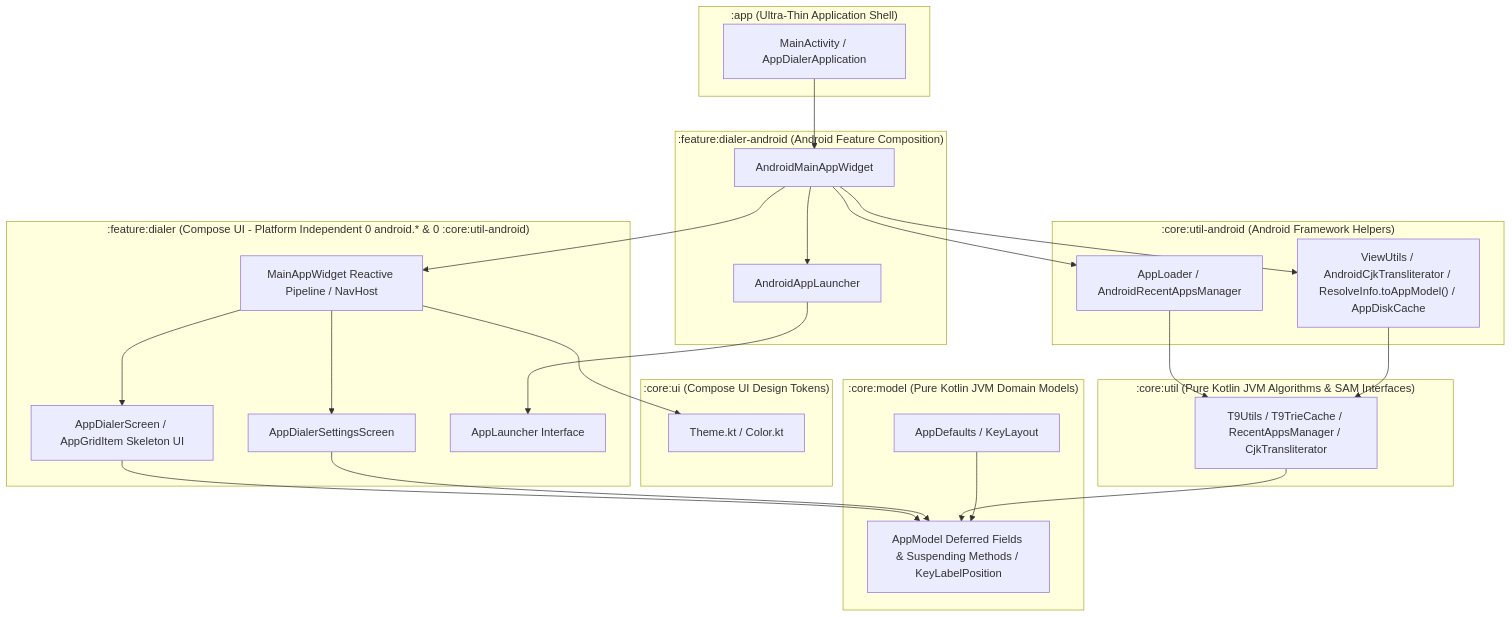
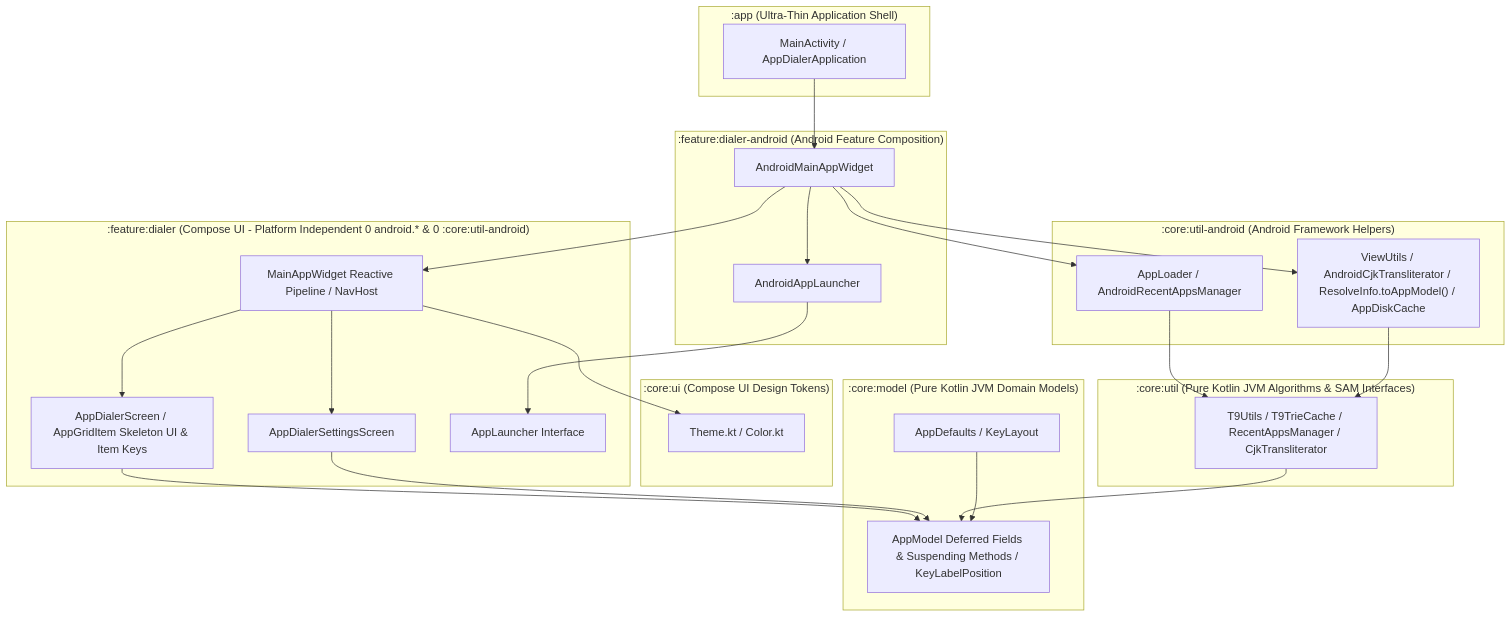
The diagram in ARCHITECTURE.md (yongjhih/app-dialer-app), drawn with Mermaid before and after one commit. The commit also changed other lines of this file, not shown here.

Commit message:
docs: Add LazyRow item keying and stable state preservation documentation to ARCHITECTURE.md

````diff
--- a/ARCHITECTURE.md
+++ b/ARCHITECTURE.md
@@ -15,52 +15,52 @@
 ```mermaid
 graph TD
     subgraph ":app (Ultra-Thin Application Shell)"
         A["MainActivity / AppDialerApplication"]
     end
 
     subgraph ":feature:dialer-android (Android Feature Composition)"
         B["AndroidMainAppWidget"]
         C["AndroidAppLauncher"]
     end
 
     subgraph ":feature:dialer (Compose UI - Platform Independent 0 android.* & 0 :core:util-android)"
         D["MainAppWidget Reactive Pipeline / NavHost"]
-        E["AppDialerScreen / AppGridItem Skeleton UI"]
+        E["AppDialerScreen / AppGridItem Skeleton UI & Item Keys"]
         F["AppDialerSettingsScreen"]
         G["AppLauncher Interface"]
     end
 
     subgraph ":core:ui (Compose UI Design Tokens)"
         H["Theme.kt / Color.kt"]
     end
 
     subgraph ":core:util-android (Android Framework Helpers)"
         I["AppLoader / AndroidRecentAppsManager"]
         J["ViewUtils / AndroidCjkTransliterator / ResolveInfo.toAppModel() / AppDiskCache"]
     end
 
     subgraph ":core:util (Pure Kotlin JVM Algorithms & SAM Interfaces)"
         K["T9Utils / T9TrieCache / RecentAppsManager / CjkTransliterator"]
     end
 
     subgraph ":core:model (Pure Kotlin JVM Domain Models)"
         L["AppModel Deferred Fields & Suspending Methods / KeyLabelPosition"]
         M["AppDefaults / KeyLayout"]
     end
 
     A --> B
     B --> C
     B --> D
     C --> G
     D --> E
     D --> F
     D --> H
     B --> I
     B --> J
     E --> L
     F --> L
     I --> K
     J --> K
     K --> L
     M --> L
 ```
````
